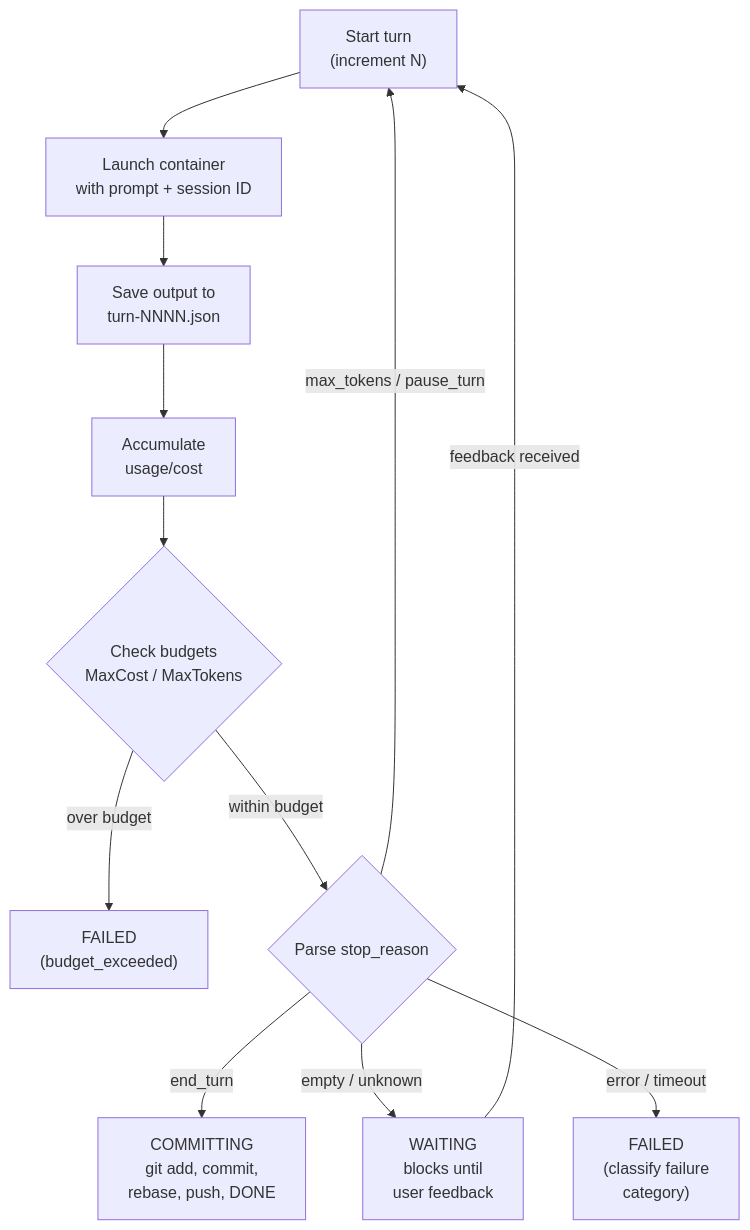
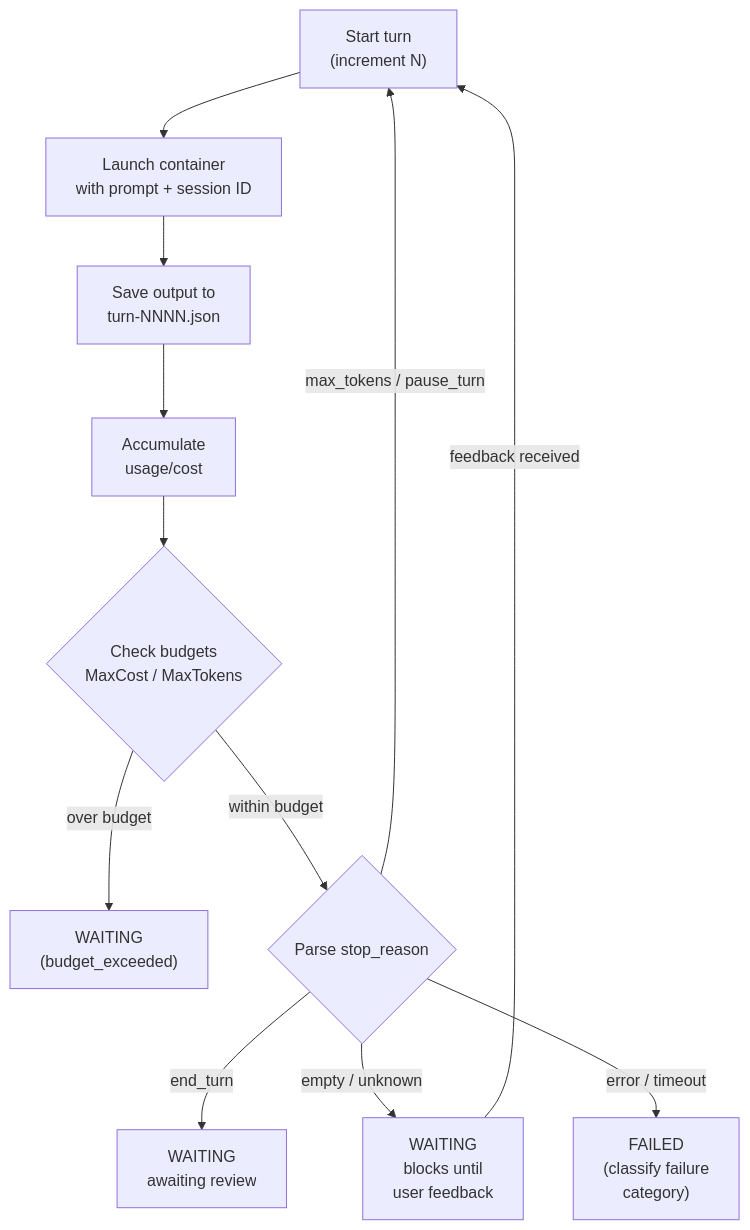
The third of 4 diagrams in docs/internals/architecture.md (changkun/wallfacer), drawn with Mermaid before and after one commit. The commit also changed other lines of this file and 6 other files, not shown here.

````diff
--- a/docs/internals/architecture.md
+++ b/docs/internals/architecture.md
@@ -86,17 +85,17 @@
 ```mermaid
 flowchart TD
     Start["Start turn<br/>(increment N)"] --> Launch["Launch container<br/>with prompt + session ID"]
     Launch --> Save["Save output to<br/>turn-NNNN.json"]
     Save --> Usage["Accumulate<br/>usage/cost"]
     Usage --> Budget{"Check budgets<br/>MaxCost / MaxTokens"}
 
-    Budget -->|over budget| FailedBudget["FAILED<br/>(budget_exceeded)"]
+    Budget -->|over budget| WaitingBudget["WAITING<br/>(budget_exceeded)"]
     Budget -->|within budget| Parse{"Parse stop_reason"}
 
-    Parse -->|end_turn| Commit["COMMITTING<br/>git add, commit,<br/>rebase, push, DONE"]
+    Parse -->|end_turn| Waiting2["WAITING<br/>awaiting review"]
     Parse -->|"max_tokens / pause_turn"| Start
     Parse -->|"empty / unknown"| Waiting["WAITING<br/>blocks until<br/>user feedback"]
     Parse -->|"error / timeout"| FailedError["FAILED<br/>(classify failure<br/>category)"]
 
     Waiting -->|feedback received| Start
 ```
````
